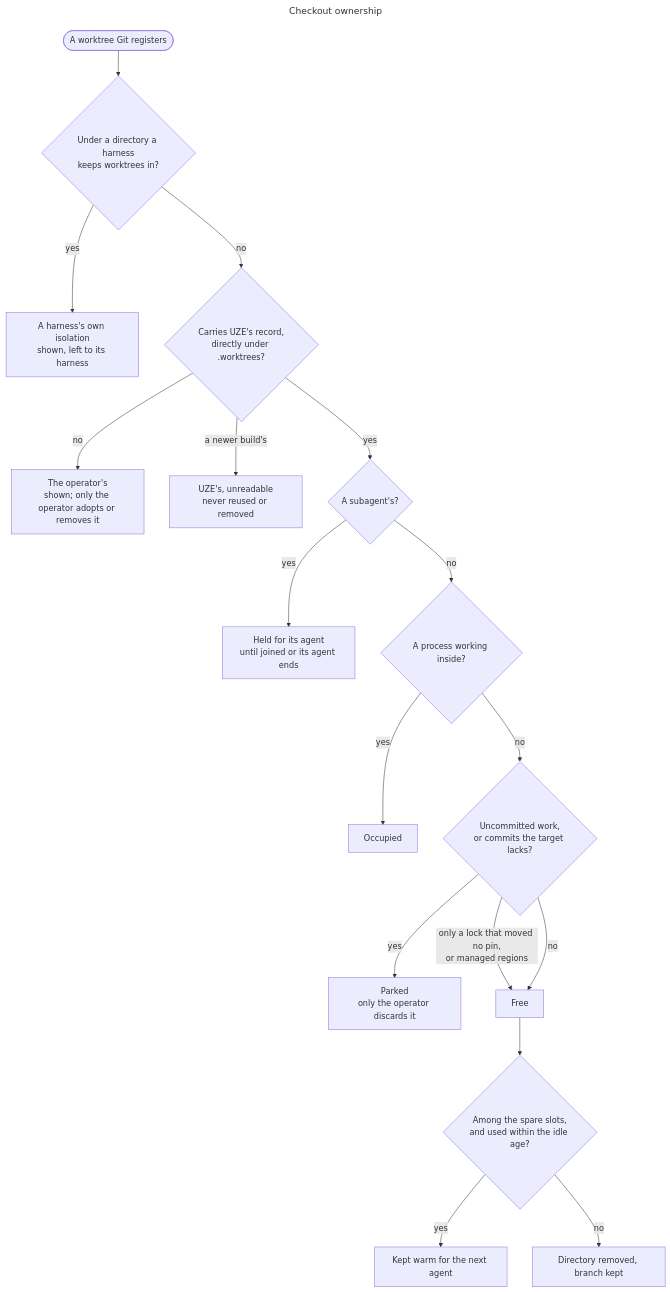
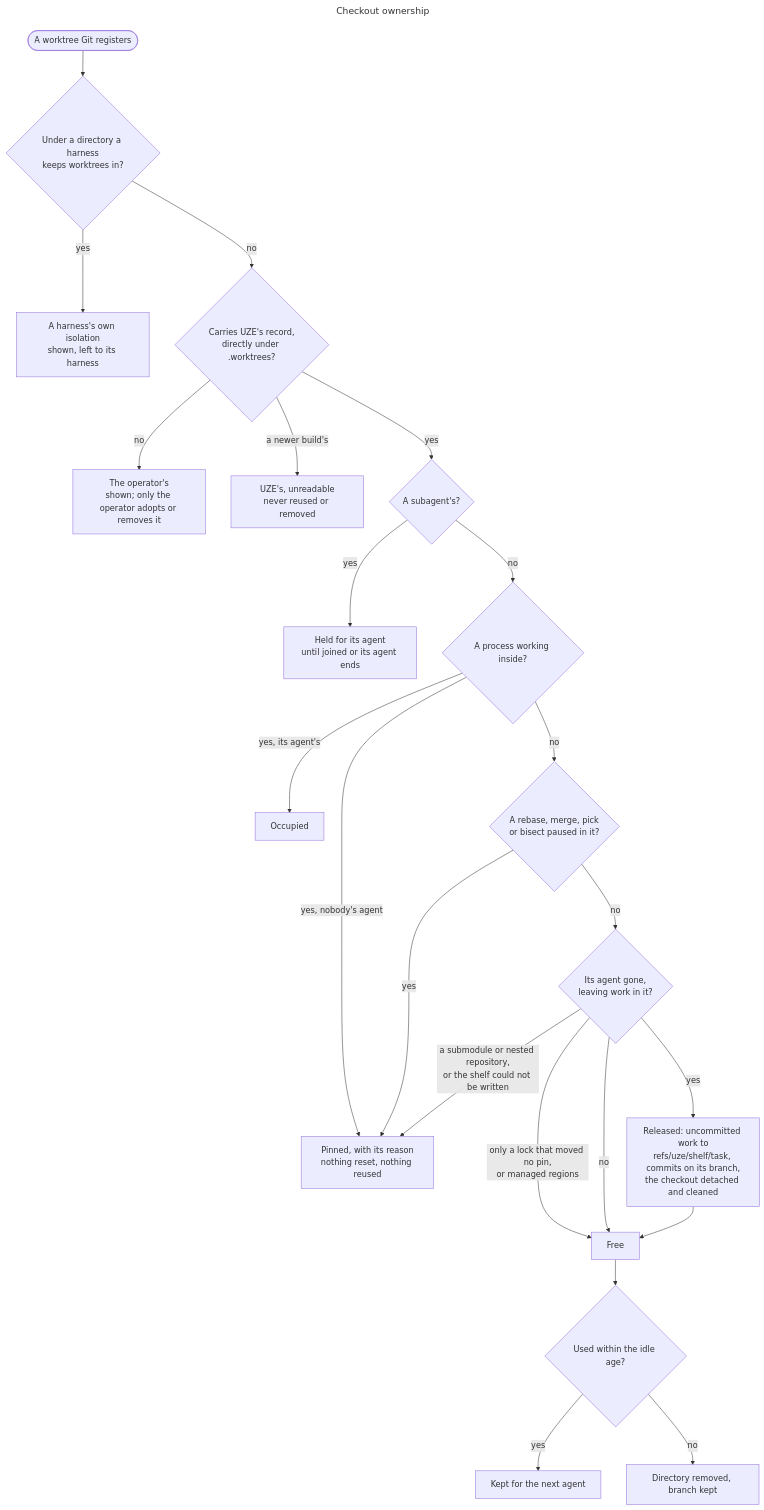
Before and after one commit to uze-sh/uze: the diagram in docs/architecture/checkout-ownership.mmd, drawn with Mermaid. The commit also changed 69 other files, not shown here.

First line of the commit message:
feat(workspace)!: shelve agent work in refs/uze/shelf instead of parking checkouts (#223)

```diff
--- a/docs/architecture/checkout-ownership.mmd
+++ b/docs/architecture/checkout-ownership.mmd
@@ -1,24 +1,30 @@
 ---
 title: Checkout ownership
 ---
 flowchart TD
   worktree([A worktree Git registers]) --> harness{Under a directory a harness<br/>keeps worktrees in?}
   harness -->|yes| theirs[A harness's own isolation<br/>shown, left to its harness]
   harness -->|no| recorded{Carries UZE's record,<br/>directly under .worktrees?}
   recorded -->|no| operator[The operator's<br/>shown; only the operator adopts or removes it]
   recorded -->|a newer build's| unreadable[UZE's, unreadable<br/>never reused or removed]
   recorded -->|yes| slot{A subagent's?}
   slot -->|yes| child[Held for its agent<br/>until joined or its agent ends]
   slot -->|no| inuse{A process working inside?}
-  inuse -->|yes| occupied[Occupied]
-  inuse -->|no| work{Uncommitted work,<br/>or commits the target lacks?}
-  work -->|yes| parked[Parked<br/>only the operator discards it]
+  inuse -->|yes, its agent's| occupied[Occupied]
+  inuse -->|yes, nobody's agent| pinned
+  inuse -->|no| paused{A rebase, merge, pick<br/>or bisect paused in it?}
+  paused -->|yes| pinned[Pinned, with its reason<br/>nothing reset, nothing reused]
+  paused -->|no| work{Its agent gone,<br/>leaving work in it?}
+  work -->|a submodule or nested repository,<br/>or the shelf could not be written| pinned
+  work -->|yes| shelve[Released: uncommitted work to<br/>refs/uze/shelf/task, commits on its branch,<br/>the checkout detached and cleaned]
   work -->|only a lock that moved no pin,<br/>or managed regions| free
   work -->|no| free[Free]
-  free --> spare{Among the spare slots,<br/>and used within the idle age?}
-  spare -->|yes| kept[Kept warm for the next agent]
-  spare -->|no| removed[Directory removed, branch kept]
+  shelve --> free
+  free --> idle{Used within the idle age?}
+  idle -->|yes| kept[Kept for the next agent]
+  idle -->|no| removed[Directory removed, branch kept]
   click recorded href "crates/uze-workspace/src/checkout/record.rs"
   click inuse href "crates/uze-core/src/machine/process_cwd.rs"
-  click spare href "crates/uze-workspace/src/checkout.rs"
+  click idle href "crates/uze-workspace/src/checkout.rs"
+  click shelve href "crates/uze-workspace/src/checkout/shelf.rs"
   click child href "crates/uze-workspace/src/checkout/subagent.rs"
```
